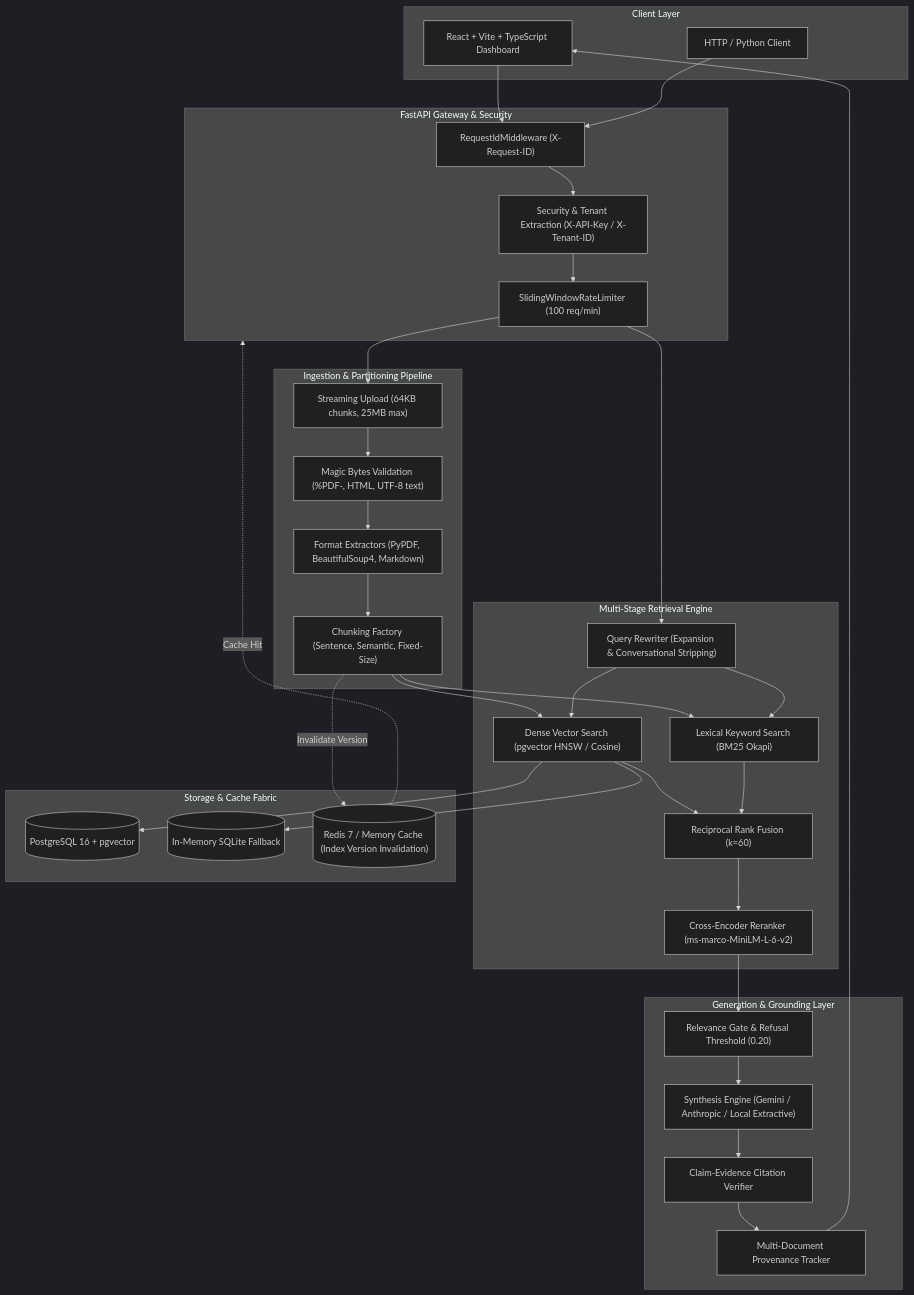
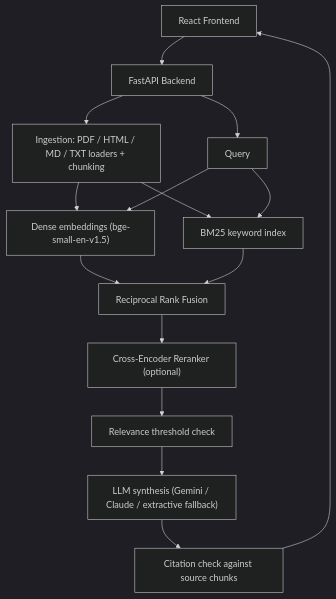
Before and after one commit to Pravarsh05/RAG-Document-Q-A-System: the diagram in README.md, drawn with Mermaid (dark theme). The commit also changed other lines of this file, not shown here.

````diff
--- a/README.md
+++ b/README.md
@@ -18,54 +34,18 @@
 ```mermaid
 flowchart TD
-    subgraph Client ["Client Layer"]
-        UI["React + Vite + TypeScript Dashboard"]
-        API_REQ["HTTP / Python Client"]
-    end
+    UI["React Frontend"] --> API["FastAPI Backend"]
+    API --> INGEST["Ingestion: PDF / HTML / MD / TXT loaders + chunking"]
+    INGEST --> DENSE["Dense embeddings (bge-small-en-v1.5)"]
+    INGEST --> SPARSE["BM25 keyword index"]
 
-    subgraph Gateway ["FastAPI Gateway & Security"]
-        MW["RequestIdMiddleware (X-Request-ID)"]
-        AUTH["Security & Tenant Extraction (X-API-Key / X-Tenant-ID)"]
-        RL["SlidingWindowRateLimiter (100 req/min)"]
-    end
-
-    subgraph Ingestion ["Ingestion & Partitioning Pipeline"]
-        UP["Streaming Upload (64KB chunks, 25MB max)"]
-        VAL["Magic Bytes Validation (%PDF-, HTML, UTF-8 text)"]
-        LOAD["Format Extractors (PyPDF, BeautifulSoup4, Markdown)"]
-        CHUNK["Chunking Factory (Sentence, Semantic, Fixed-Size)"]
-    end
-
-    subgraph Retrieval ["Multi-Stage Retrieval Engine"]
-        QR["Query Rewriter (Expansion & Conversational Stripping)"]
-        DENSE["Dense Vector Search (pgvector HNSW / Cosine)"]
-        SPARSE["Lexical Keyword Search (BM25 Okapi)"]
-        RRF["Reciprocal Rank Fusion (k=60)"]
-        RERANK["Cross-Encoder Reranker (ms-marco-MiniLM-L-6-v2)"]
-    end
-
-    subgraph Storage ["Storage & Cache Fabric"]
-        PG[("PostgreSQL 16 + pgvector")]
-        SQLITE[("In-Memory SQLite Fallback")]
-        REDIS[("Redis 7 / Memory Cache (Index Version Invalidation)")]
-    end
-
-    subgraph Synthesis ["Generation & Grounding Layer"]
-        THRESH["Relevance Gate & Refusal Threshold (0.20)"]
-        LLM["Synthesis Engine (Gemini / Anthropic / Local Extractive)"]
-        VERIFY["Claim-Evidence Citation Verifier"]
-        PROV["Multi-Document Provenance Tracker"]
-    end
-
-    UI --> MW --> AUTH --> RL
-    API_REQ --> MW
-    RL --> UP --> VAL --> LOAD --> CHUNK
-    CHUNK --> DENSE & SPARSE
-    DENSE --> PG & SQLITE
-    CHUNK -. Invalidate Version .-> REDIS
-
-    RL --> QR
-    QR --> DENSE & SPARSE
-    DENSE & SPARSE --> RRF --> RERANK --> THRESH
-    THRESH --> LLM --> VERIFY --> PROV --> UI
-    REDIS -. Cache Hit .-> Gateway
+    API --> QUERY["Query"]
+    QUERY --> DENSE
+    QUERY --> SPARSE
+    DENSE --> RRF["Reciprocal Rank Fusion"]
+    SPARSE --> RRF
+    RRF --> RERANK["Cross-Encoder Reranker (optional)"]
+    RERANK --> GATE["Relevance threshold check"]
+    GATE --> LLM["LLM synthesis (Gemini / Claude / extractive fallback)"]
+    LLM --> VERIFY["Citation check against source chunks"]
+    VERIFY --> UI
 ```
````
